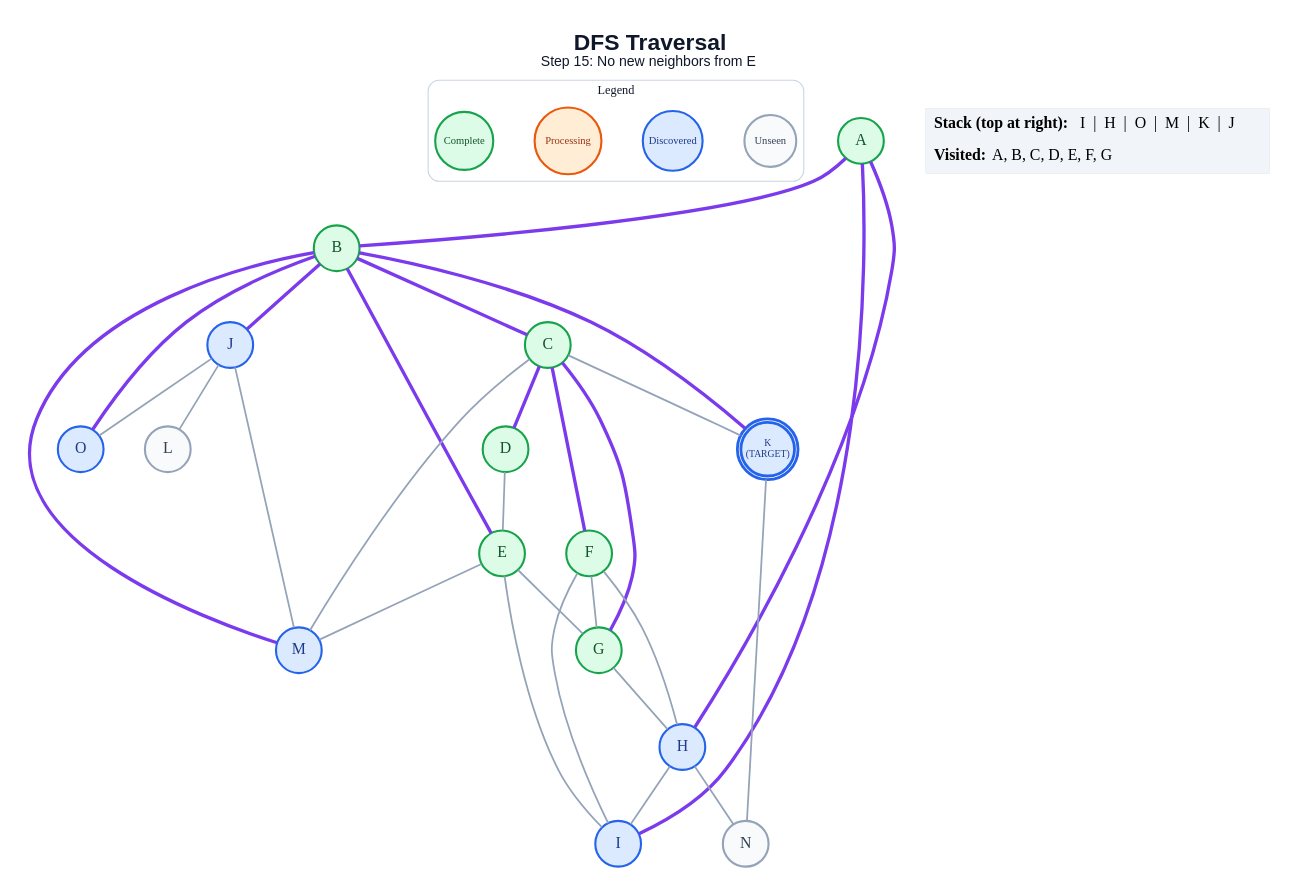
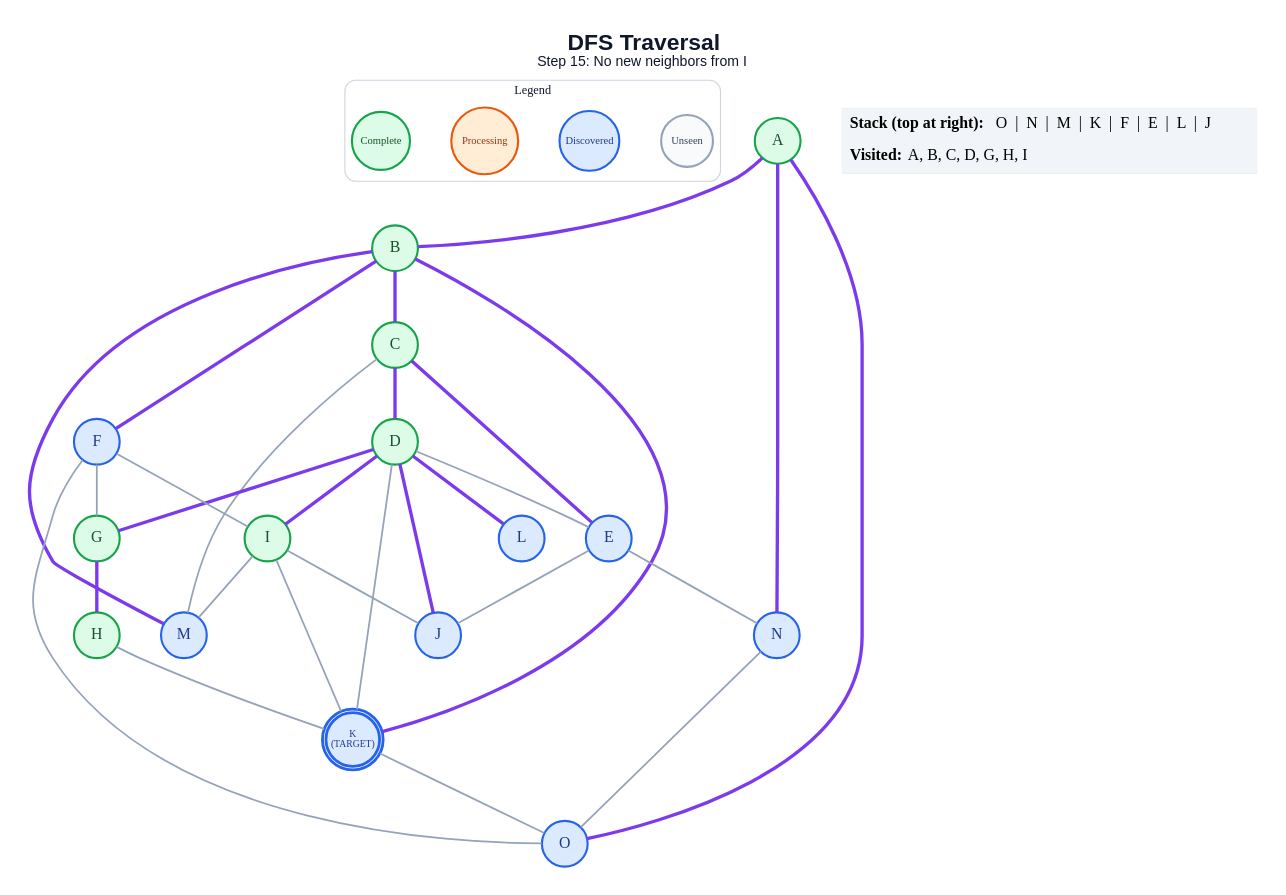
Before and after one commit to anon7238593-create/ai-slop: the diagram in generated/dfs/step_15.dot, drawn with Graphviz. The commit also changed 213 other files, not shown here.

```diff
--- a/generated/dfs/step_15.dot
+++ b/generated/dfs/step_15.dot
@@ -1,62 +1,62 @@
 graph traversal {
   graph [layout=dot, rankdir=TB, bgcolor="#FFFFFF", pad="0.35", nodesep="0.65", ranksep="0.8", fontname="Arial"];
   node [shape=circle, style="filled", fontname="Arial Bold", fontsize=18, width=0.72, fixedsize=true, penwidth=2.4];
   edge [color="#94A3B8", penwidth=2.0];
-  label=<<B>DFS Traversal</B><BR/><FONT POINT-SIZE="16">Step 15: No new neighbors from E</FONT>>; labelloc="t"; fontsize=26; fontname="Arial"; fontcolor="#0F172A";
+  label=<<B>DFS Traversal</B><BR/><FONT POINT-SIZE="16">Step 15: No new neighbors from I</FONT>>; labelloc="t"; fontsize=26; fontname="Arial"; fontcolor="#0F172A";
   subgraph cluster_legend { label="Legend"; color="#CBD5E1"; penwidth=1.2; style="rounded"; fontsize=14; fontname="Arial Bold";
     key_unseen [label="Unseen", fillcolor="#F8FAFC", color="#94A3B8", fontcolor="#334155", fontsize=12, width=0.82];
     key_frontier [label="Discovered", fillcolor="#DBEAFE", color="#2563EB", fontcolor="#1E3A8A", fontsize=12, width=0.95];
     key_current [label="Processing", fillcolor="#FFEDD5", color="#EA580C", fontcolor="#9A3412", fontsize=12, width=1.05];
     key_done [label="Complete", fillcolor="#DCFCE7", color="#16A34A", fontcolor="#14532D", fontsize=12, width=0.92];
     { rank=same; key_unseen; key_frontier; key_current; key_done; }
   }
   A [label="A", fillcolor="#DCFCE7", color="#16A34A", fontcolor="#14532D", peripheries=1, penwidth=2.4];
   B [label="B", fillcolor="#DCFCE7", color="#16A34A", fontcolor="#14532D", peripheries=1, penwidth=2.4];
   C [label="C", fillcolor="#DCFCE7", color="#16A34A", fontcolor="#14532D", peripheries=1, penwidth=2.4];
   D [label="D", fillcolor="#DCFCE7", color="#16A34A", fontcolor="#14532D", peripheries=1, penwidth=2.4];
-  E [label="E", fillcolor="#DCFCE7", color="#16A34A", fontcolor="#14532D", peripheries=1, penwidth=2.4];
-  F [label="F", fillcolor="#DCFCE7", color="#16A34A", fontcolor="#14532D", peripheries=1, penwidth=2.4];
+  E [label="E", fillcolor="#DBEAFE", color="#2563EB", fontcolor="#1E3A8A", peripheries=1, penwidth=2.4];
+  F [label="F", fillcolor="#DBEAFE", color="#2563EB", fontcolor="#1E3A8A", peripheries=1, penwidth=2.4];
   G [label="G", fillcolor="#DCFCE7", color="#16A34A", fontcolor="#14532D", peripheries=1, penwidth=2.4];
-  H [label="H", fillcolor="#DBEAFE", color="#2563EB", fontcolor="#1E3A8A", peripheries=1, penwidth=2.4];
-  I [label="I", fillcolor="#DBEAFE", color="#2563EB", fontcolor="#1E3A8A", peripheries=1, penwidth=2.4];
+  H [label="H", fillcolor="#DCFCE7", color="#16A34A", fontcolor="#14532D", peripheries=1, penwidth=2.4];
+  I [label="I", fillcolor="#DCFCE7", color="#16A34A", fontcolor="#14532D", peripheries=1, penwidth=2.4];
   J [label="J", fillcolor="#DBEAFE", color="#2563EB", fontcolor="#1E3A8A", peripheries=1, penwidth=2.4];
   K [label="K\n(TARGET)", fillcolor="#DBEAFE", color="#2563EB", fontcolor="#1E3A8A", peripheries=2, penwidth=3.2, fontsize=11, width=0.85, height=0.85];
-  L [label="L", fillcolor="#F8FAFC", color="#94A3B8", fontcolor="#334155", peripheries=1, penwidth=2.4];
+  L [label="L", fillcolor="#DBEAFE", color="#2563EB", fontcolor="#1E3A8A", peripheries=1, penwidth=2.4];
   M [label="M", fillcolor="#DBEAFE", color="#2563EB", fontcolor="#1E3A8A", peripheries=1, penwidth=2.4];
-  N [label="N", fillcolor="#F8FAFC", color="#94A3B8", fontcolor="#334155", peripheries=1, penwidth=2.4];
+  N [label="N", fillcolor="#DBEAFE", color="#2563EB", fontcolor="#1E3A8A", peripheries=1, penwidth=2.4];
   O [label="O", fillcolor="#DBEAFE", color="#2563EB", fontcolor="#1E3A8A", peripheries=1, penwidth=2.4];
   A -- B [color="#7C3AED", penwidth=3.8];
-  A -- H [color="#7C3AED", penwidth=3.8];
-  A -- I [color="#7C3AED", penwidth=3.8];
+  A -- N [color="#7C3AED", penwidth=3.8];
+  A -- O [color="#7C3AED", penwidth=3.8];
   B -- C [color="#7C3AED", penwidth=3.8];
-  B -- E [color="#7C3AED", penwidth=3.8];
-  B -- J [color="#7C3AED", penwidth=3.8];
+  B -- F [color="#7C3AED", penwidth=3.8];
   B -- K [color="#7C3AED", penwidth=3.8];
   B -- M [color="#7C3AED", penwidth=3.8];
-  B -- O [color="#7C3AED", penwidth=3.8];
   C -- D [color="#7C3AED", penwidth=3.8];
-  C -- F [color="#7C3AED", penwidth=3.8];
-  C -- G [color="#7C3AED", penwidth=3.8];
-  C -- K;
+  C -- E [color="#7C3AED", penwidth=3.8];
   C -- M;
   D -- E;
-  E -- G;
-  E -- I;
-  E -- M;
+  D -- G [color="#7C3AED", penwidth=3.8];
+  D -- I [color="#7C3AED", penwidth=3.8];
+  D -- J [color="#7C3AED", penwidth=3.8];
+  D -- K;
+  D -- L [color="#7C3AED", penwidth=3.8];
+  E -- J;
+  E -- N;
   F -- G;
-  F -- H;
   F -- I;
-  G -- H;
-  H -- I;
-  H -- N;
-  J -- L;
-  J -- M;
-  J -- O;
-  K -- N;
+  F -- O;
+  G -- H [color="#7C3AED", penwidth=3.8];
+  H -- K;
+  I -- J;
+  I -- K;
+  I -- M;
+  K -- O;
+  N -- O;
   status [shape=plain, fixedsize=false, width=0, height=0, margin=0, label=<
     <TABLE BORDER="0" CELLBORDER="0" CELLPADDING="7" BGCOLOR="#F1F5F9">
-      <TR><TD ALIGN="LEFT"><B>Stack (top at right):</B> I  |  H  |  O  |  M  |  K  |  J</TD></TR>
-      <TR><TD ALIGN="LEFT"><B>Visited:</B> A, B, C, D, E, F, G</TD></TR>
+      <TR><TD ALIGN="LEFT"><B>Stack (top at right):</B> O  |  N  |  M  |  K  |  F  |  E  |  L  |  J</TD></TR>
+      <TR><TD ALIGN="LEFT"><B>Visited:</B> A, B, C, D, G, H, I</TD></TR>
     </TABLE>
   >];
 }
```
